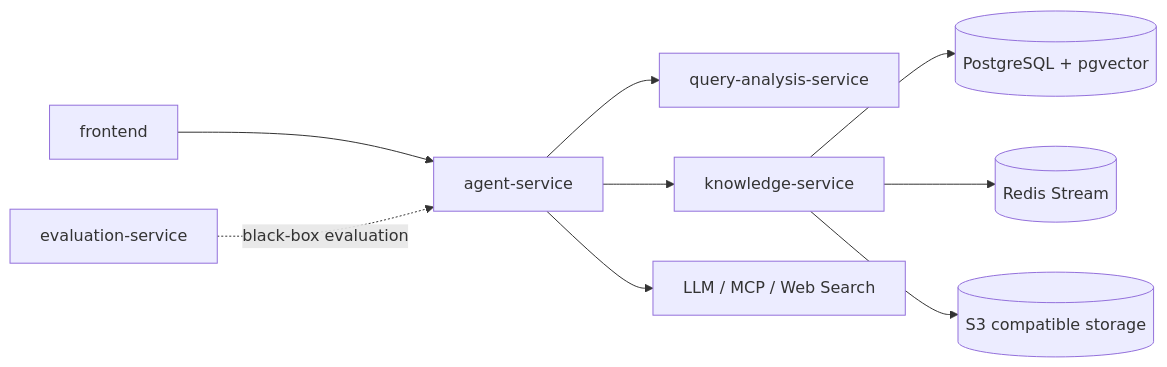
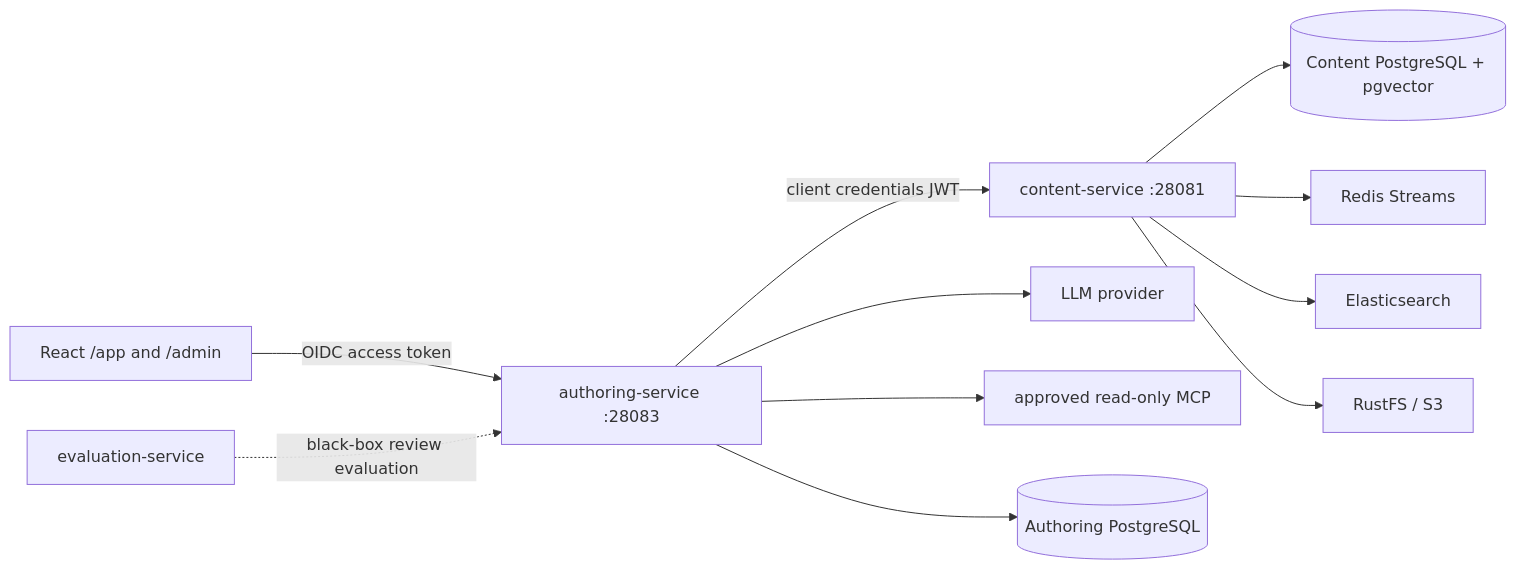
The diagram in README.md (lahaqt/Rag), drawn with Mermaid before and after one commit. The commit also changed other lines of this file and 501 other files, not shown here.

````diff
--- a/README.md
+++ b/README.md
@@ -7,11 +7,13 @@
 ```mermaid
 flowchart LR
-    UI[frontend] --> Agent[agent-service]
-    Agent --> Query[query-analysis-service]
-    Agent --> Knowledge[knowledge-service]
-    Agent --> LLM[LLM / MCP / Web Search]
-    Knowledge --> Data[(PostgreSQL + pgvector)]
-    Knowledge --> Redis[(Redis Stream)]
-    Knowledge --> ObjectStore[(S3 compatible storage)]
-    Eval[evaluation-service] -. black-box evaluation .-> Agent
+    UI[React /app and /admin] -->|OIDC access token| A[authoring-service :28083]
+    A -->|client credentials JWT| C[content-service :28081]
+    A --> LLM[LLM provider]
+    A --> MCP[approved read-only MCP]
+    A --> AP[(Authoring PostgreSQL)]
+    C --> CP[(Content PostgreSQL + pgvector)]
+    C --> RS[Redis Streams]
+    C --> ES[Elasticsearch]
+    C --> S3[RustFS / S3]
+    E[evaluation-service] -. black-box review evaluation .-> A
 ```
````
